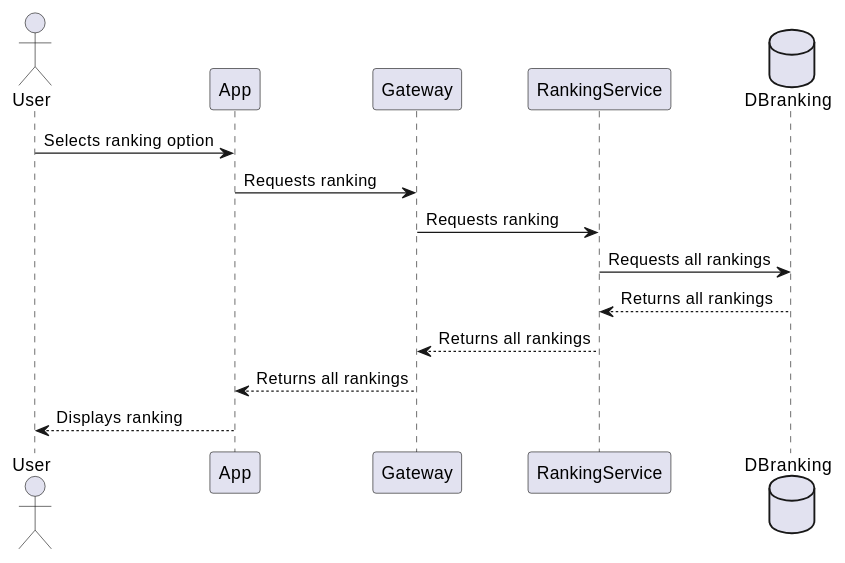
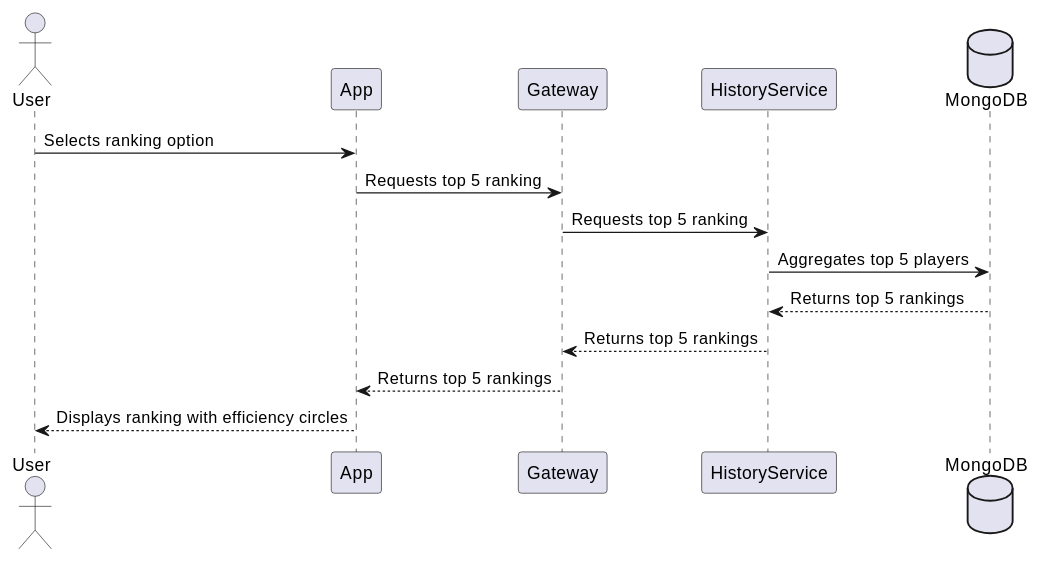
One commit to Arquisoft/wichat_es6b changed the sixth of 6 diagrams in docs/src/06_runtime_view.adoc. Above: the diagram before and after it, drawn with PlantUML. The commit also changed other lines of this file, not shown here.

```diff
--- a/docs/src/06_runtime_view.adoc
+++ b/docs/src/06_runtime_view.adoc
@@ -176,17 +204,17 @@
 [plantuml, ranking, png]
 ----
 actor User
 participant App
 participant Gateway
-participant RankingService
-database DBranking
+participant HistoryService
+database MongoDB
 
 User -> App: Selects ranking option
-App -> Gateway: Requests ranking
-Gateway -> RankingService: Requests ranking
-RankingService -> DBranking: Requests all rankings
-RankingService <-- DBranking: Returns all rankings
-Gateway <-- RankingService: Returns all rankings
-App <-- Gateway: Returns all rankings
-User <-- App: Displays ranking
+App -> Gateway: Requests top 5 ranking
+Gateway -> HistoryService: Requests top 5 ranking
+HistoryService -> MongoDB: Aggregates top 5 players
+HistoryService <-- MongoDB: Returns top 5 rankings
+Gateway <-- HistoryService: Returns top 5 rankings
+App <-- Gateway: Returns top 5 rankings
+User <-- App: Displays ranking with efficiency circles
 ----
```
